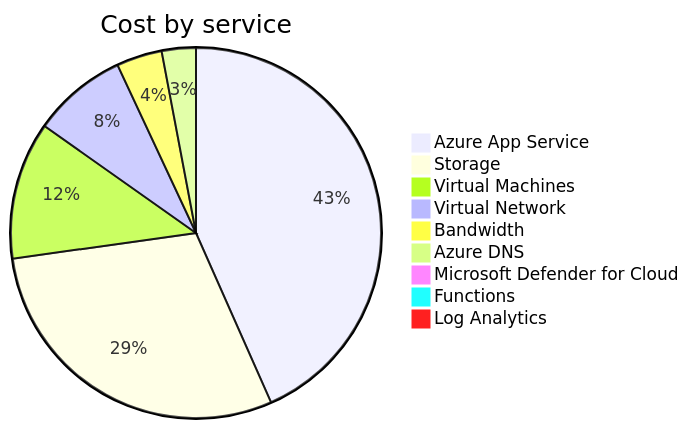
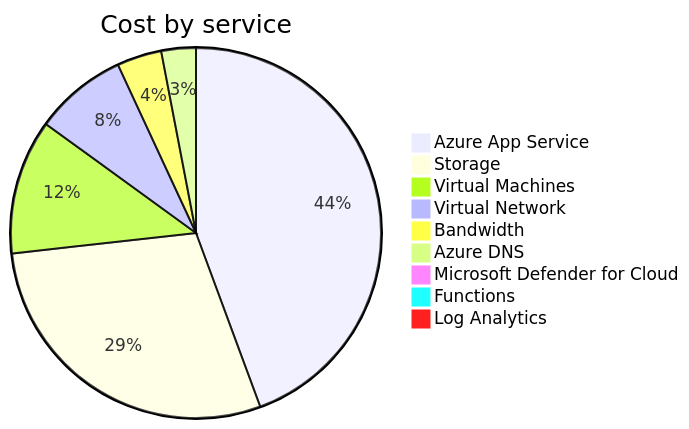
Before and after one commit to jpfulton/azure-personal-reports: the second of 4 diagrams in cost-reports/accumulated-cost.md, drawn with Mermaid. The commit also changed other lines of this file and 4 other files, not shown here.

````diff
--- a/cost-reports/accumulated-cost.md
+++ b/cost-reports/accumulated-cost.md
@@ -103,13 +103,13 @@
 ```mermaid
 pie
    title Cost by service
-   "Azure App Service" : 12.97
-   "Storage" : 8.80
+   "Azure App Service" : 13.54
+   "Storage" : 8.81
    "Virtual Machines" : 3.59
    "Virtual Network" : 2.47
    "Bandwidth" : 1.19
-   "Azure DNS" : 0.89
+   "Azure DNS" : 0.92
    "Microsoft Defender for Cloud" : 0.10
    "Functions" : 0.00
    "Log Analytics" : 0.00
 ```
````
